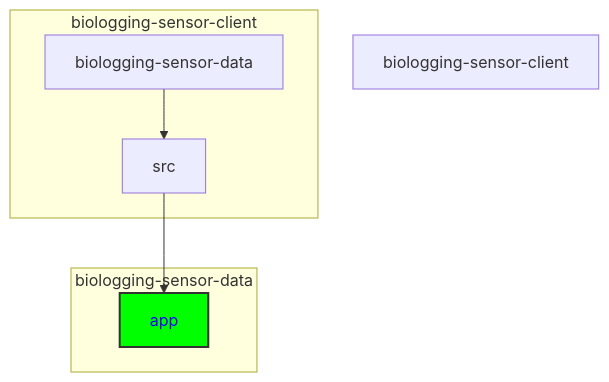
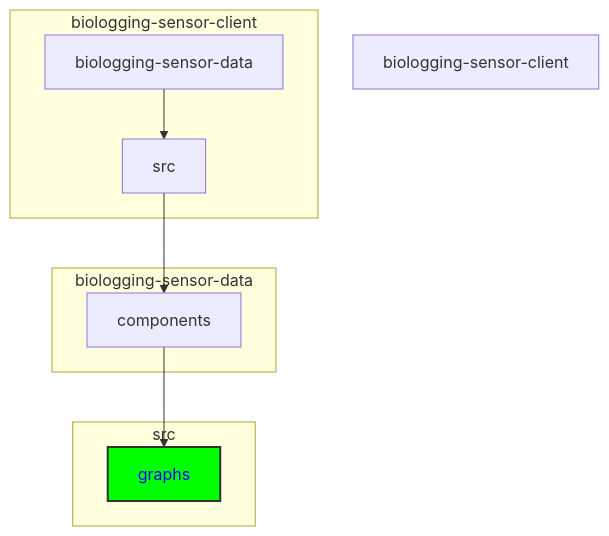
Before and after one commit to Khosiyat/Algorithms: the diagram in draft-delete.md, drawn with Mermaid.

````diff
--- a/draft-delete.md
+++ b/draft-delete.md
@@ -1,17 +1,21 @@
 ```mermaid
 graph TD
     A["biologging-sensor-client"] 
     B["biologging-sensor-data"]
     C["src"]
-    D["<span style='color:blue'>app</span>"]
+    D["components"]
+    E["<span style='color:blue'>graphs</span>"]
 
     subgraph biologging-sensor-client
         B --> C
     end
     subgraph biologging-sensor-data
         C --> D
     end
+    subgraph src
+        D --> E
+    end
 
-    style D fill:#0f0,stroke:#333,stroke-width:2px;
+    style E fill:#0f0,stroke:#333,stroke-width:2px;
 
 ```
````
